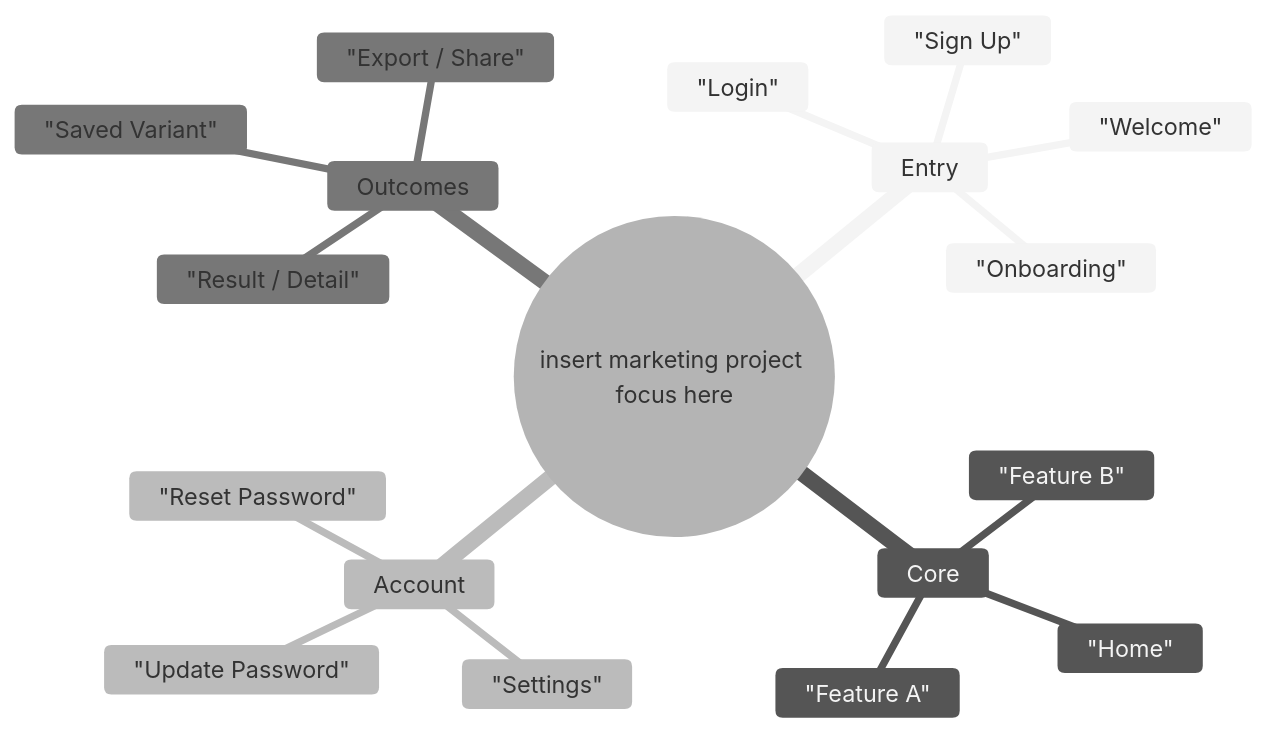
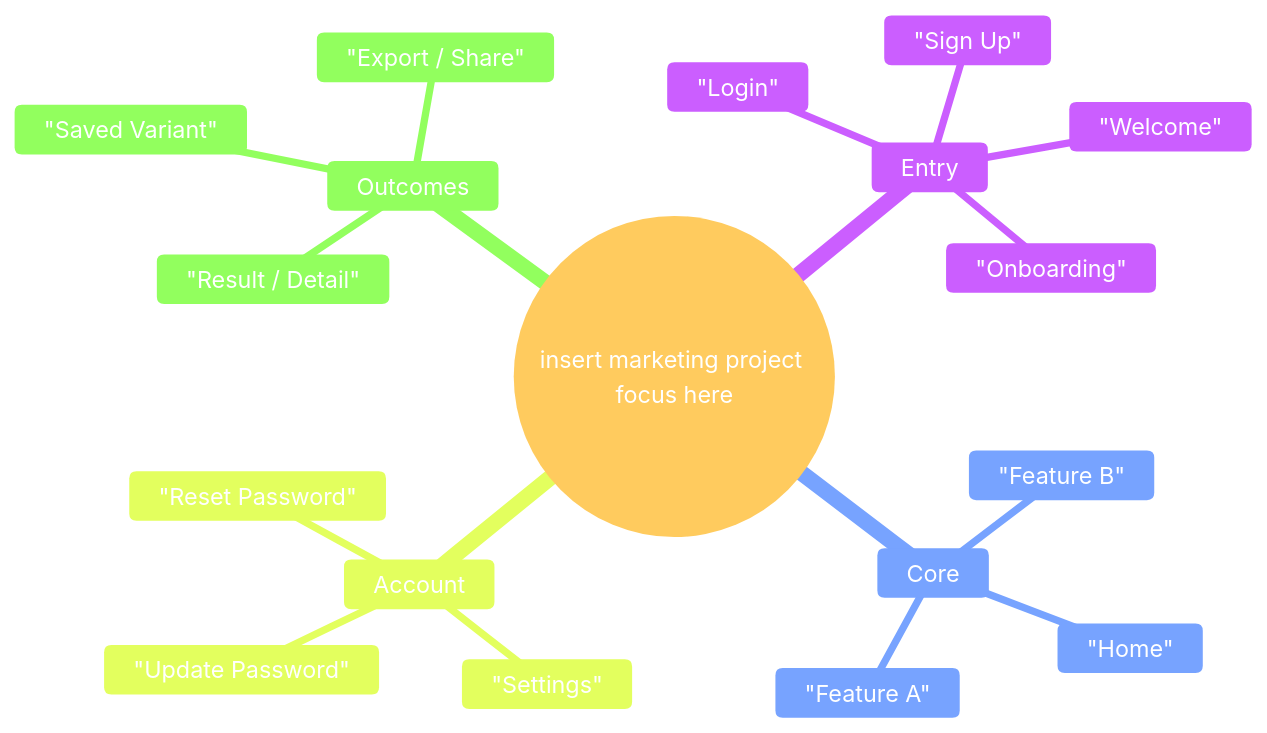
One commit to Levi-Breedlove/AI-Quad-Research-Prototype-Prod changed the fourth of 6 diagrams in README.md. Above: the diagram before and after it, drawn with Mermaid.

````diff
--- a/README.md
+++ b/README.md
@@ -317,22 +317,28 @@
 ```mermaid
-%%{init: { "theme": "neutral", "themeVariables": { "background":"transparent" } }}%%
+%%{init: {
+  "theme": "base",
+  "logLevel": "fatal",
+  "themeVariables": { "background": "transparent", "primaryTextColor": "#ffffff" },
+  "themeCSS": ".mindmap-node text, .label, .edgeLabel { fill:#ffffff !important; color:#ffffff !important; }"
+}}%%
 mindmap
   root(("insert marketing project focus here"))
     Entry
       "Welcome"
       "Login"
       "Sign Up"
       "Onboarding"
     Core
       "Home"
       "Feature A"
       "Feature B"
     Account
       "Settings"
       "Reset Password"
       "Update Password"
     Outcomes
       "Result / Detail"
       "Export / Share"
       "Saved Variant"
+
 ```
````
